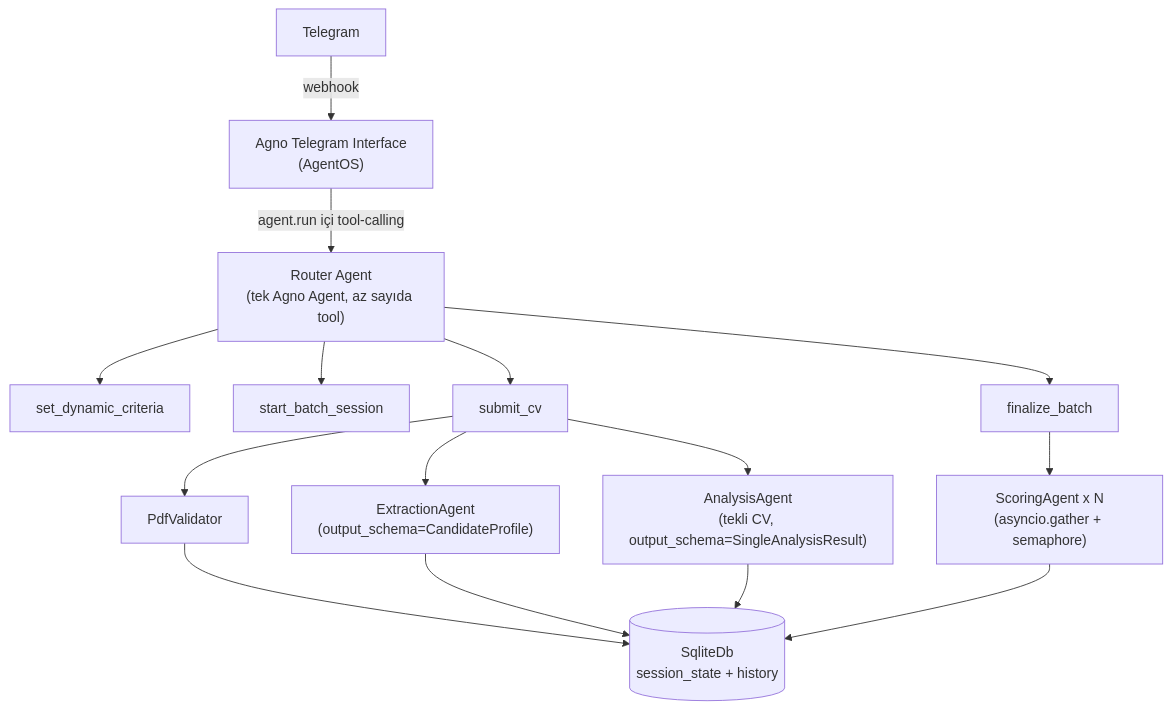
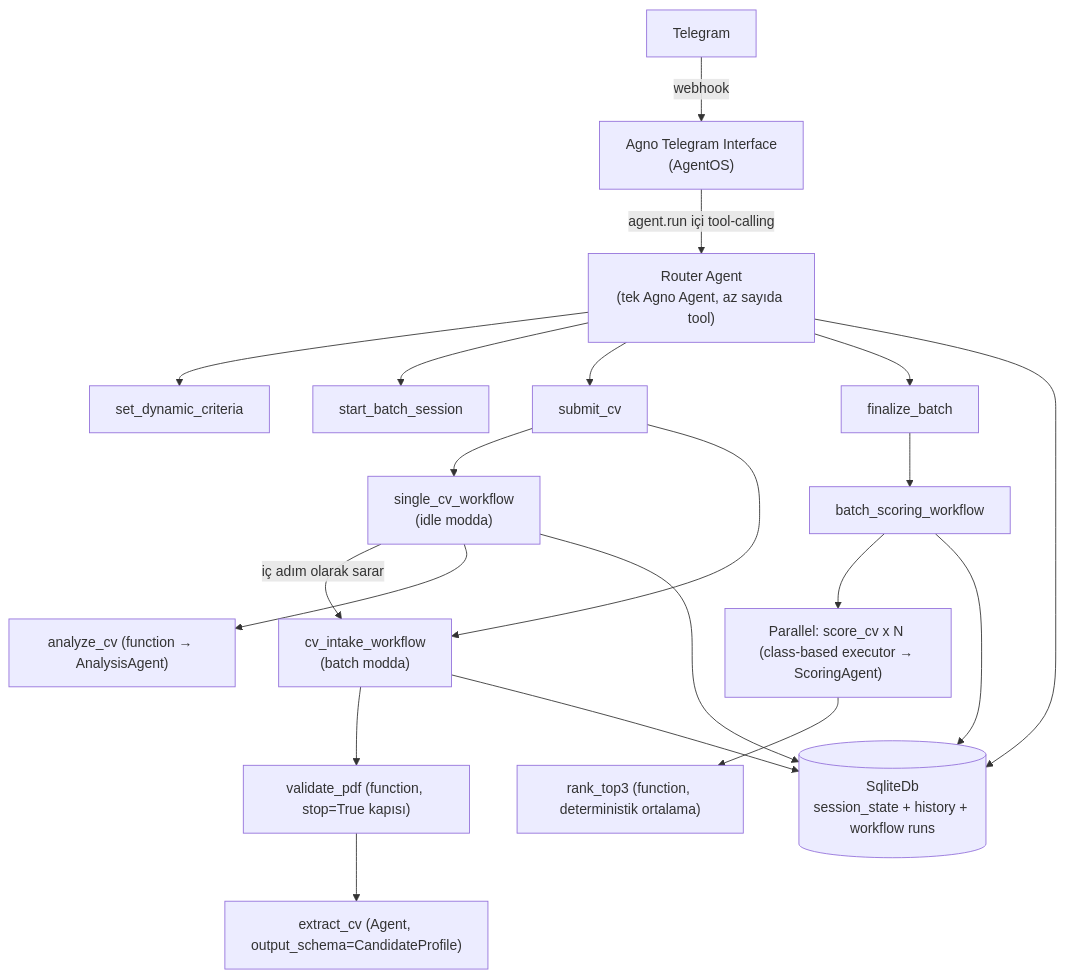
One commit to Wijt/hr-ai-agent-telegram changed the first of 3 diagrams in ARCHITECTURE.md. Above: the diagram before and after it, drawn with Mermaid. The commit also changed other lines of this file and 1 other file, not shown here.

Commit message:
docs: redesign CV pipeline as Agno Workflow (Step/Parallel) instead of ad-hoc tool glue

````diff
--- a/ARCHITECTURE.md
+++ b/ARCHITECTURE.md
@@ -30,14 +32,19 @@
 ```mermaid
 flowchart TB
     TG[Telegram] -->|webhook| IF["Agno Telegram Interface<br/>(AgentOS)"]
     IF -->|agent.run içi tool-calling| A["Router Agent<br/>(tek Agno Agent, az sayıda tool)"]
     A --> T1[set_dynamic_criteria]
     A --> T2[start_batch_session]
     A --> T3[submit_cv]
     A --> T4[finalize_batch]
-    T3 --> SVC1[PdfValidator]
-    T3 --> SVC2["ExtractionAgent<br/>(output_schema=CandidateProfile)"]
-    T3 --> SVC3["AnalysisAgent<br/>(tekli CV, output_schema=SingleAnalysisResult)"]
-    T4 --> SVC4["ScoringAgent x N<br/>(asyncio.gather + semaphore)"]
-    SVC1 & SVC2 & SVC3 & SVC4 --> DB[(SqliteDb<br/>session_state + history)]
+    T3 --> W1["single_cv_workflow<br/>(idle modda)"]
+    T3 --> W2["cv_intake_workflow<br/>(batch modda)"]
+    T4 --> W3["batch_scoring_workflow"]
+    W1 -->|iç adım olarak sarar| W2
+    W2 --> S1["validate_pdf (function, stop=True kapısı)"]
+    S1 --> S2["extract_cv (Agent, output_schema=CandidateProfile)"]
+    W1 --> S3["analyze_cv (function → AnalysisAgent)"]
+    W3 --> S4["Parallel: score_cv x N (class-based executor → ScoringAgent)"]
+    S4 --> S5["rank_top3 (function, deterministik ortalama)"]
+    A & W1 & W2 & W3 --> DB[(SqliteDb<br/>session_state + history + workflow runs)]
 ```
````
